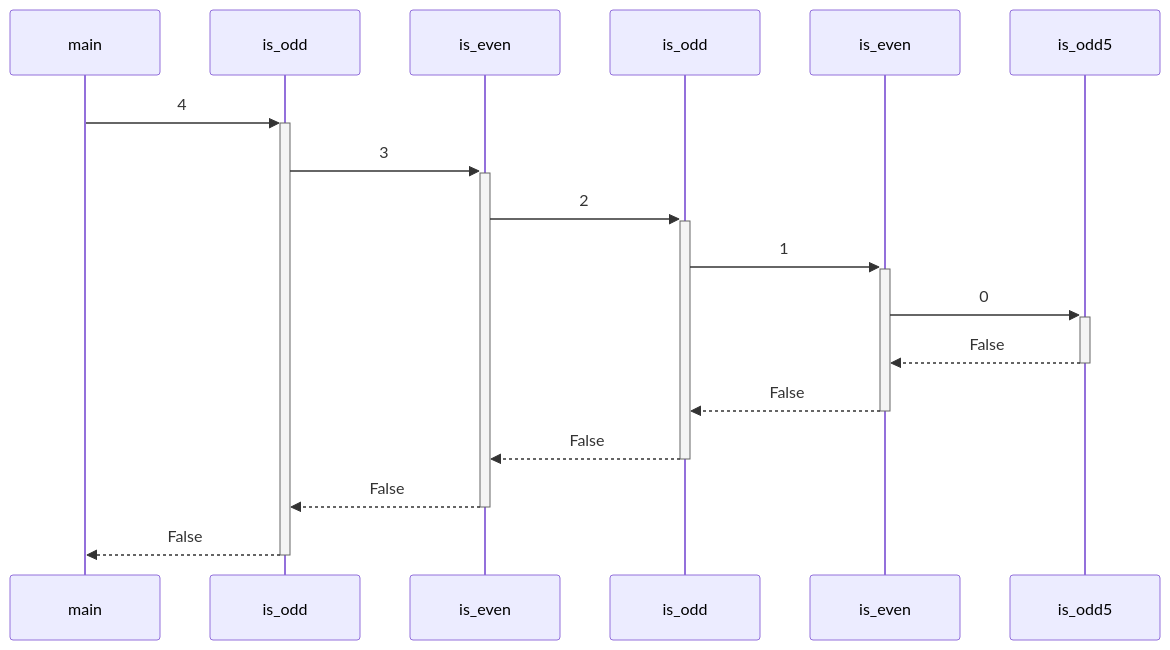
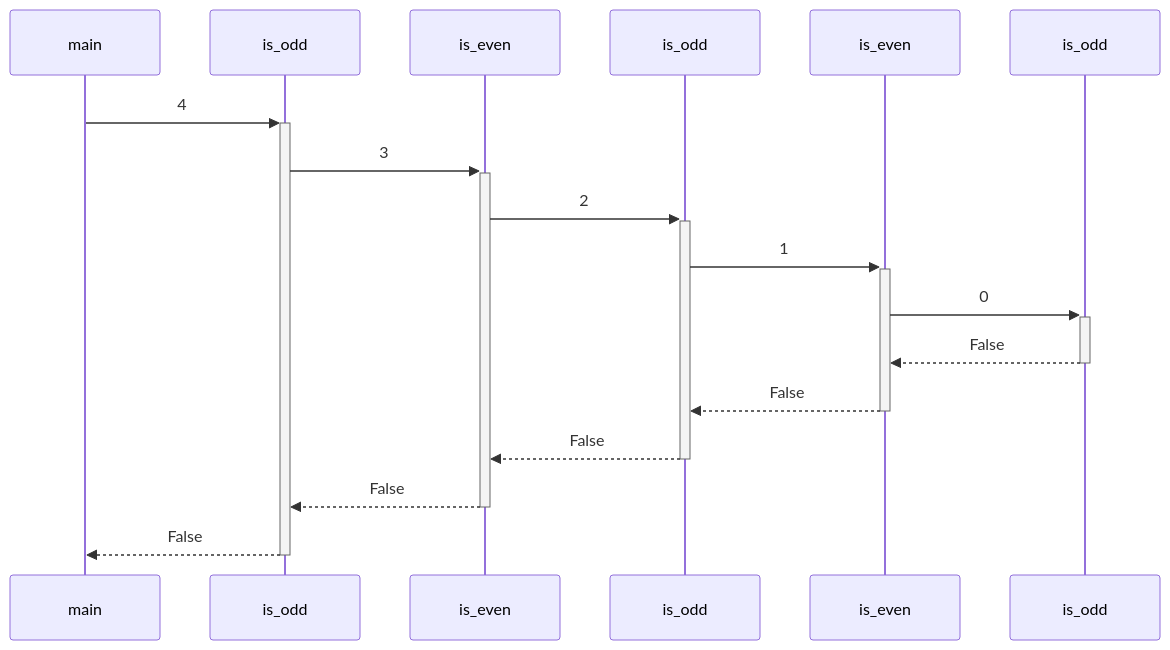
One commit to nbeney/codebar-recursion changed diagram 13 of 13 in README.md. Above: the diagram before and after it, drawn with Mermaid.

````diff
--- a/README.md
+++ b/README.md
@@ -845,19 +845,20 @@
 ```mermaid
 sequenceDiagram
     participant main
     participant is_odd1 as is_odd
     participant is_even2 as is_even
     participant is_odd3 as is_odd
     participant is_even4 as is_even
+    participant is_odd5 as is_odd
             
     main->>+is_odd1: 4
         is_odd1->>+is_even2: 3
             is_even2->>+is_odd3: 2
                 is_odd3->>+is_even4: 1
                     is_even4->>+is_odd5: 0
                     is_odd5-->>-is_even4: False
                 is_even4-->>-is_odd3: False
             is_odd3-->>-is_even2: False
         is_even2-->>-is_odd1: False
     is_odd1-->>-main: False
 ```
````
